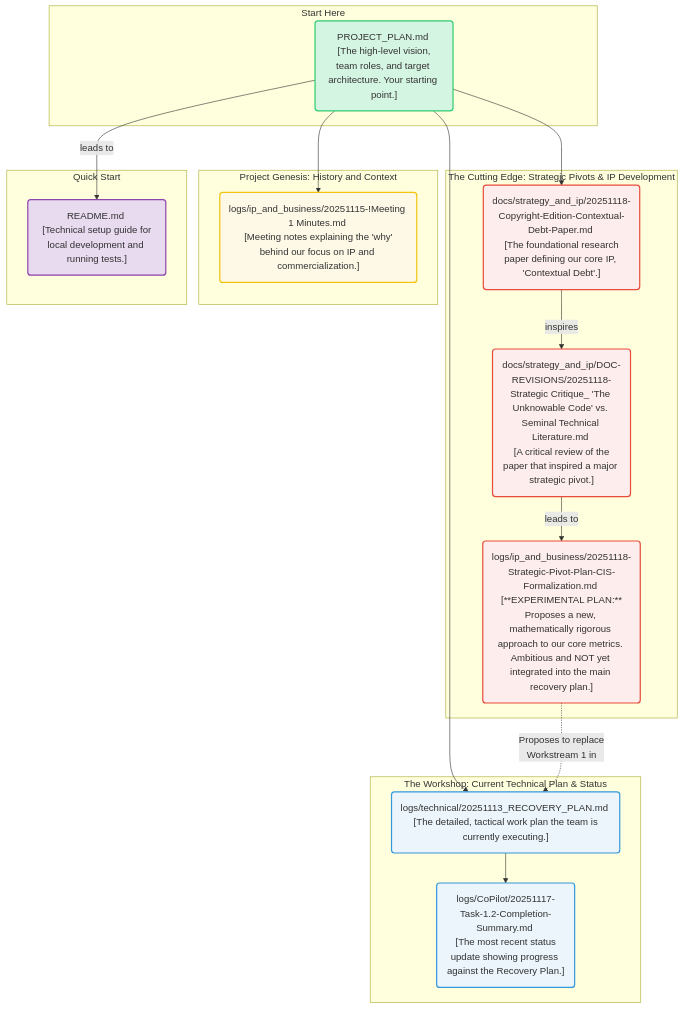
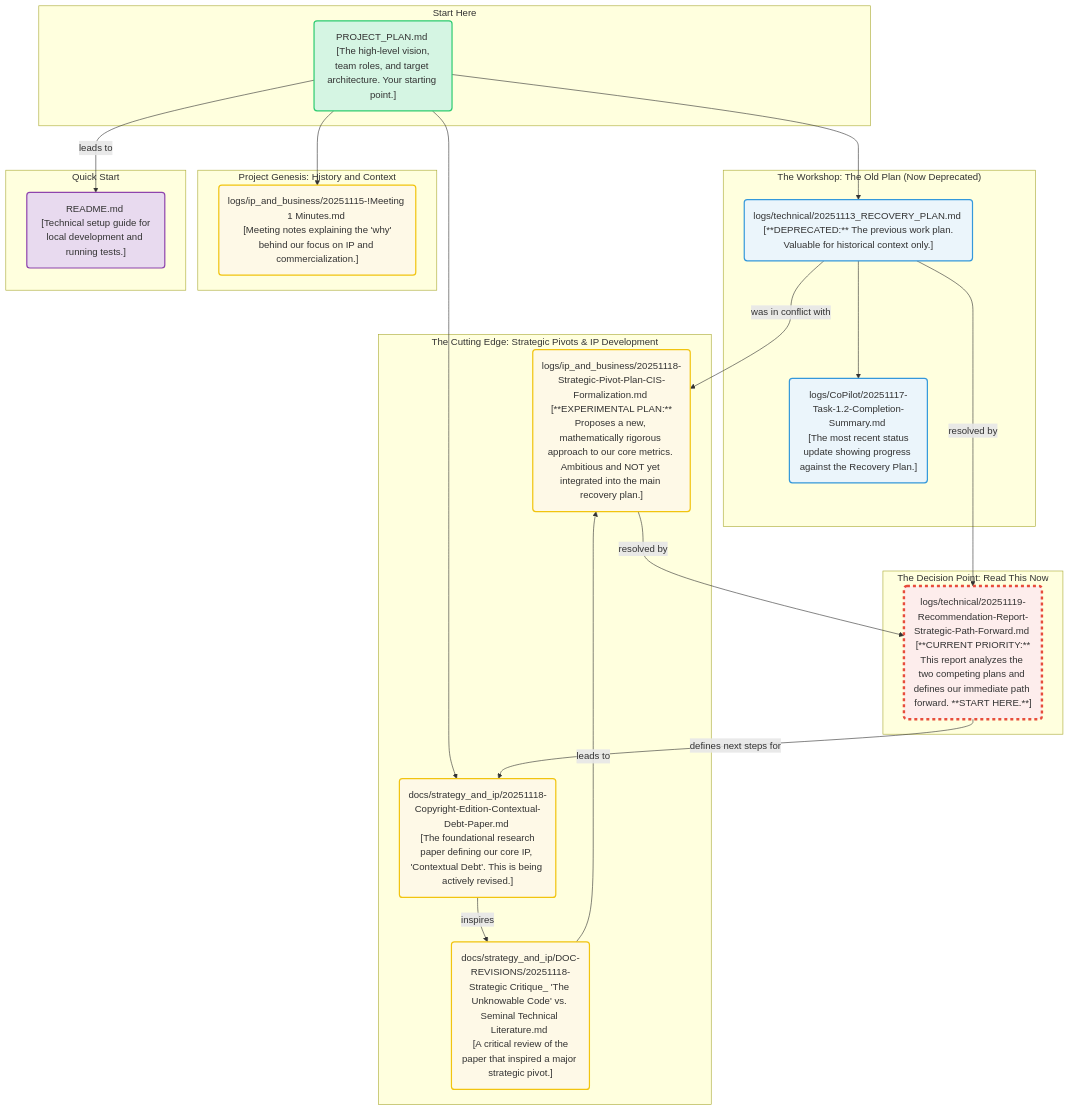
Before and after one commit to joshhickson/LogoMesh: the diagram in logs/20251118-Strategic-Master-Log.md, drawn with Mermaid. The commit also changed other lines of this file, not shown here.

First line of the commit message:
docs: Update Strategic-Master-Log with inflection point

````diff
--- a/logs/20251118-Strategic-Master-Log.md
+++ b/logs/20251118-Strategic-Master-Log.md
@@ -15,49 +28,58 @@
 ```mermaid
 graph TD
     subgraph "Start Here"
         A("PROJECT_PLAN.md <br> [The high-level vision, team roles, and target architecture. Your starting point.]")
     end
 
-    subgraph "The Workshop: Current Technical Plan & Status"
-        B("logs/technical/20251113_RECOVERY_PLAN.md <br> [The detailed, tactical work plan the team is currently executing.]")
+    subgraph "The Workshop: The Old Plan (Now Deprecated)"
+        B("logs/technical/20251113_RECOVERY_PLAN.md <br> [**DEPRECATED:** The previous work plan. Valuable for historical context only.]")
         C("logs/CoPilot/20251117-Task-1.2-Completion-Summary.md <br> [The most recent status update showing progress against the Recovery Plan.]")
     end
 
+    subgraph "The Decision Point: Read This Now"
+        I("logs/technical/20251119-Recommendation-Report-Strategic-Path-Forward.md <br> [**CURRENT PRIORITY:** This report analyzes the two competing plans and defines our immediate path forward. **START HERE.**]")
+    end
+
     subgraph "The Cutting Edge: Strategic Pivots & IP Development"
-        D("docs/strategy_and_ip/20251118-Copyright-Edition-Contextual-Debt-Paper.md <br> [The foundational research paper defining our core IP, 'Contextual Debt'.]")
+        D("docs/strategy_and_ip/20251118-Copyright-Edition-Contextual-Debt-Paper.md <br> [The foundational research paper defining our core IP, 'Contextual Debt'. This is being actively revised.]")
         E("docs/strategy_and_ip/DOC-REVISIONS/20251118-Strategic Critique_ 'The Unknowable Code' vs. Seminal Technical Literature.md <br> [A critical review of the paper that inspired a major strategic pivot.]")
         F("logs/ip_and_business/20251118-Strategic-Pivot-Plan-CIS-Formalization.md <br> [**EXPERIMENTAL PLAN:** Proposes a new, mathematically rigorous approach to our core metrics. Ambitious and NOT yet integrated into the main recovery plan.]")
     end
 
     subgraph "Project Genesis: History and Context"
         G("logs/ip_and_business/20251115-!Meeting 1 Minutes.md <br> [Meeting notes explaining the 'why' behind our focus on IP and commercialization.]")
     end
 
     subgraph "Quick Start"
         H("README.md <br> [Technical setup guide for local development and running tests.]")
     end
 
     %% Define the connections
     A --> B;
     A --> D;
     A --> G;
     A -- leads to --> H;
     B --> C;
     D -- inspires --> E;
     E -- leads to --> F;
-    F -.->|Proposes to replace<br>Workstream 1 in| B;
+    B -- was in conflict with --> F;
+    F -- resolved by --> I;
+    B -- resolved by --> I;
+    I -- defines next steps for --> D;
 
     %% Styling
     classDef start fill:#D5F5E3,stroke:#2ECC71,stroke-width:2px;
     classDef workshop fill:#EBF5FB,stroke:#3498DB,stroke-width:2px;
-    classDef cuttingEdge fill:#FDEDEC,stroke:#E74C3C,stroke-width:2px;
+    classDef cuttingEdge fill:#FEF9E7,stroke:#F1C40F,stroke-width:2px;
     classDef genesis fill:#FEF9E7,stroke:#F1C40F,stroke-width:2px;
     classDef quickstart fill:#E8DAEF,stroke:#8E44AD,stroke-width:2px;
+    classDef decision fill:#FDEDEC,stroke:#E74C3C,stroke-width:4px,stroke-dasharray: 5 5;
 
 
     class A start;
     class B,C workshop;
+    class I decision;
     class D,E,F cuttingEdge;
     class G genesis;
     class H quickstart;
 ```
````
